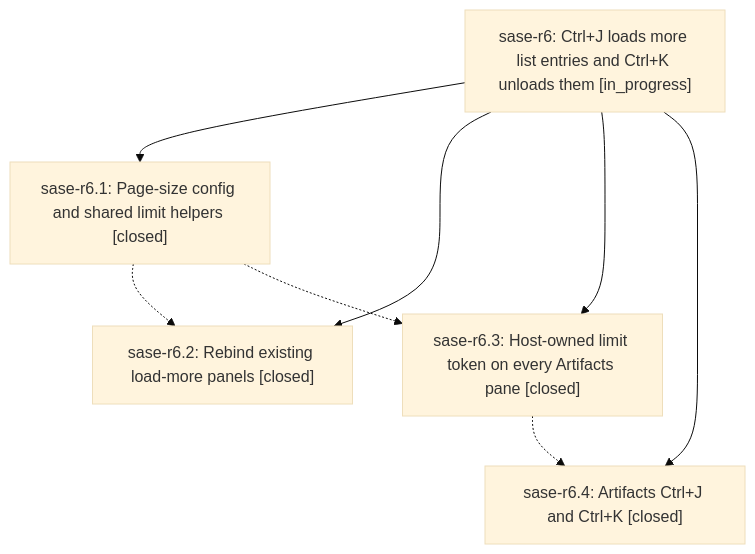
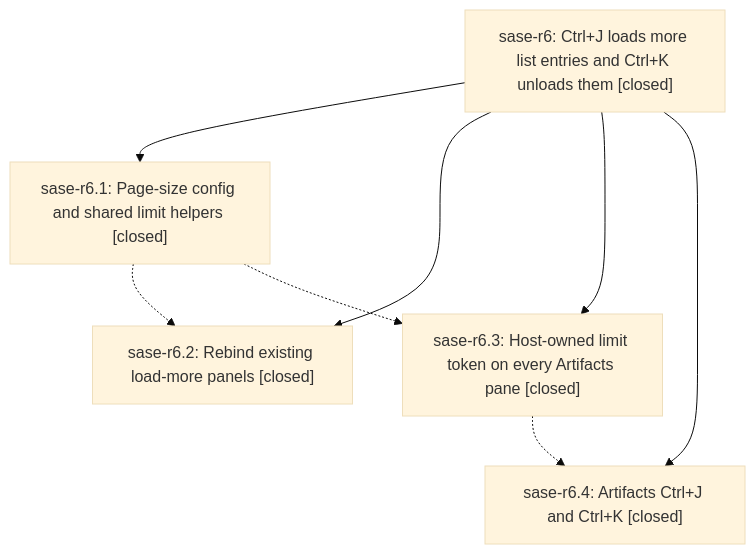
One commit to sase-org/sase--beads changed the diagram in pages/sase-r6/README.md. Above: the diagram before and after it, drawn with Mermaid (base theme). The commit also changed other lines of this file, not shown here.

First line of the commit message:
chore(beads): sync bead state and pages for sase-r6

````diff
--- a/pages/sase-r6/README.md
+++ b/pages/sase-r6/README.md
@@ -29,15 +45,15 @@
 ```mermaid
 flowchart TD
-    n0["sase-r6: Ctrl+J loads more list entries and Ctrl+K unloads them [in_progress]"]
+    n0["sase-r6: Ctrl+J loads more list entries and Ctrl+K unloads them [closed]"]
     n1["sase-r6.1: Page-size config and shared limit helpers [closed]"]
     n2["sase-r6.2: Rebind existing load-more panels [closed]"]
     n3["sase-r6.3: Host-owned limit token on every Artifacts pane [closed]"]
     n4["sase-r6.4: Artifacts Ctrl+J and Ctrl+K [closed]"]
     n0 --> n1
     n0 --> n2
     n0 --> n3
     n0 --> n4
     n1 -.-> n2
     n1 -.-> n3
     n3 -.-> n4
 ```
````
